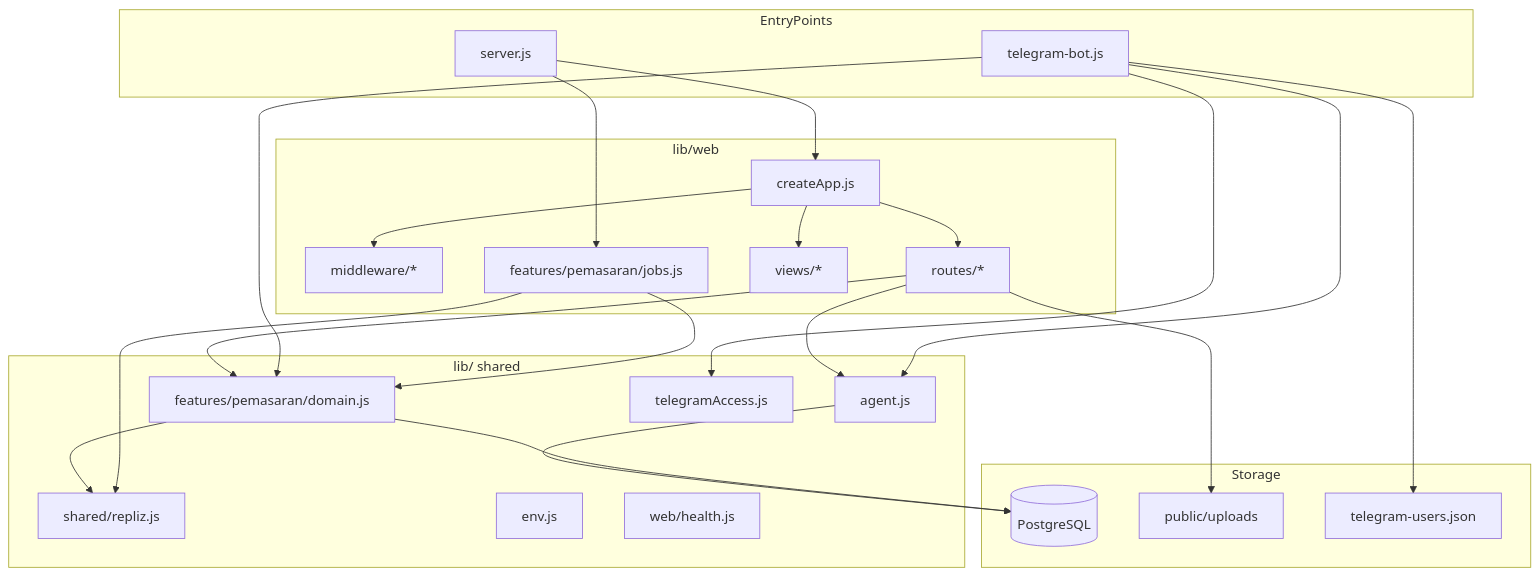
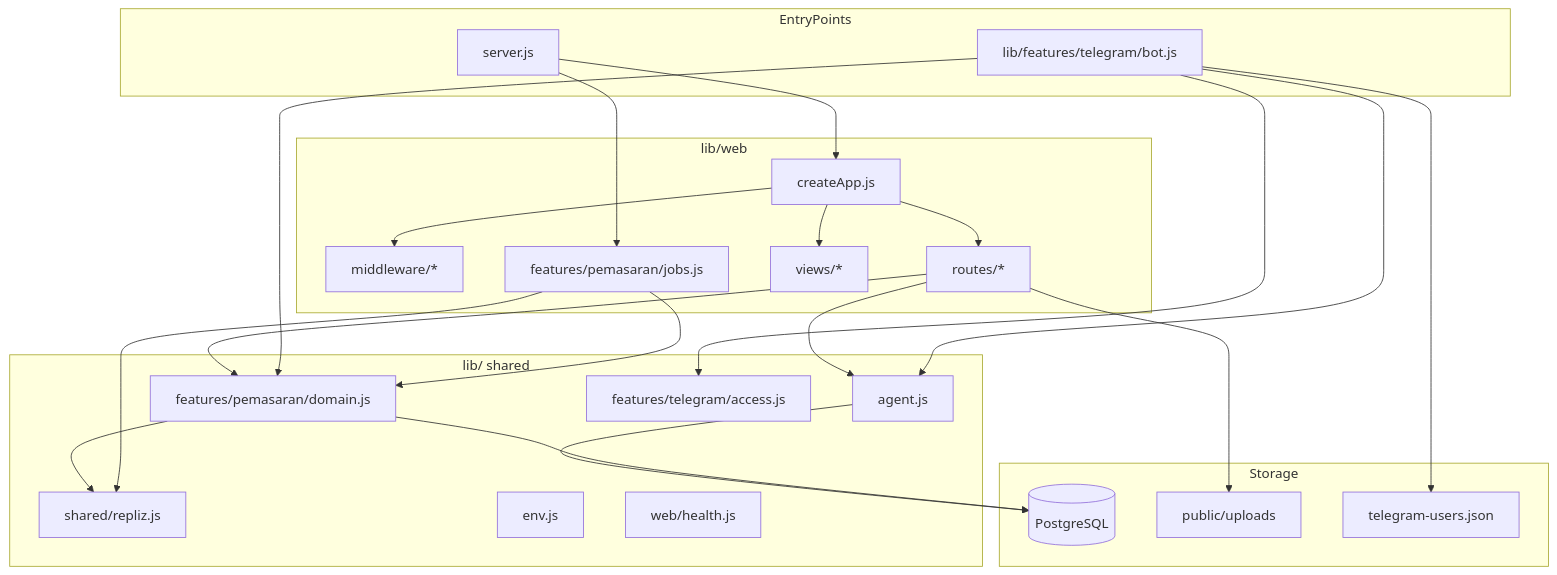
The eighth of 12 diagrams in README.md (iggbudi/socai), drawn with Mermaid before and after one commit. The commit also changed other lines of this file and 11 other files, not shown here.

Commit message:
refactor(telegram): move telegram feature to lib/features/ (vertical slicing F8)

````diff
--- a/README.md
+++ b/README.md
@@ -400,41 +401,41 @@
 ```mermaid
 flowchart TB
     subgraph EntryPoints
         SRV[server.js]
-        TGB[telegram-bot.js]
+        TGB[lib/features/telegram/bot.js]
     end
 
     subgraph WebModule["lib/web"]
         APP[createApp.js]
         MW[middleware/*]
         RT[routes/*]
         VW[views/*]
         RJ[features/pemasaran/jobs.js]
     end
 
     subgraph SharedLib["lib/ shared"]
         AGT[agent.js]
         PEM[features/pemasaran/domain.js]
         REP[shared/repliz.js]
-        TAC[telegramAccess.js]
+        TAC[features/telegram/access.js]
         ENV[env.js]
         HL[web/health.js]
     end
 
     subgraph Storage
         PG[(PostgreSQL)]
         FS[public/uploads]
         TUF[telegram-users.json]
     end
 
     SRV --> APP
     APP --> MW & RT & VW
     SRV --> RJ
     RT --> PEM & AGT
     TGB --> AGT & PEM & TAC
     AGT --> PG
     PEM --> REP & PG
     RJ --> PEM & REP
     TGB --> TUF
     RT --> FS
 ```
````
